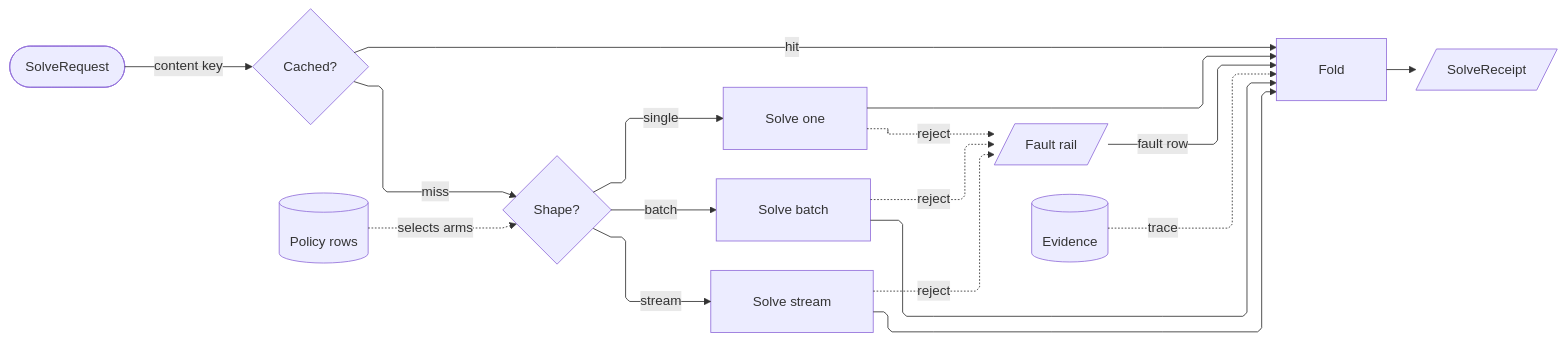
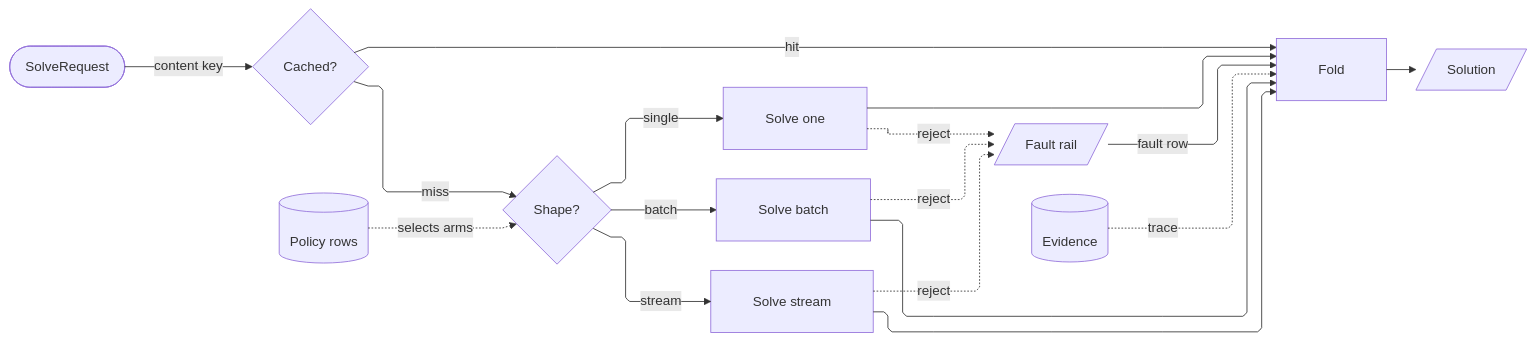
The diagram in .claude/skills/mermaid-diagramming/templates/logic-flow.mmd.md (bsamiee/Rasm), drawn with Mermaid before and after one commit. The commit also changed other lines of this file and 1417 other files, not shown here.

````diff
--- a/.claude/skills/mermaid-diagramming/templates/logic-flow.mmd.md
+++ b/.claude/skills/mermaid-diagramming/templates/logic-flow.mmd.md
@@ -5,28 +5,28 @@
 ```mermaid
 ---
 config:
   layout: elk
   flowchart:
     curve: linear
     padding: 25
 ---
 flowchart LR
     accTitle: Solve dispatch and fold
-    accDescr: One compute entry discriminating input shape into three policy-selected arms behind an animated content-key cache short-circuit, arm rejects converging on one red fault rail that rejoins the fold, and a dotted evidence trace feeding the single solver receipt.
+    accDescr: One compute entry discriminating input shape into three policy-selected arms behind an animated content-key cache short-circuit, arm rejects converging on one red fault rail that rejoins the fold, and a dotted evidence trace feeding the single solution.
     In([SolveRequest]) -->|"content key"| Hit{Cached?}
     Hit e1@-->|"hit"| Fold
     Hit -->|"miss"| Shape{Shape?}
     Policy[(Policy rows)] e2@-.->|"selects arms"| Shape
     Shape -->|"single"| ArmA[Solve one]
     Shape -->|"batch"| ArmB[Solve batch]
     Shape -->|"stream"| ArmC[Solve stream]
     ArmA --> Fold[Fold]
     ArmB --> Fold
     ArmC --> Fold
     ArmA e3@-.->|"reject"| Fault[/Fault rail/]
     ArmB e4@-.->|"reject"| Fault
     ArmC e5@-.->|"reject"| Fault
     Fault e6@-->|"fault row"| Fold
-    Fold e7@--> Receipt[/SolveReceipt/]
+    Fold e7@--> Out[/Solution/]
     Evidence[(Evidence)] e8@-.->|"trace"| Fold
 ```
````
